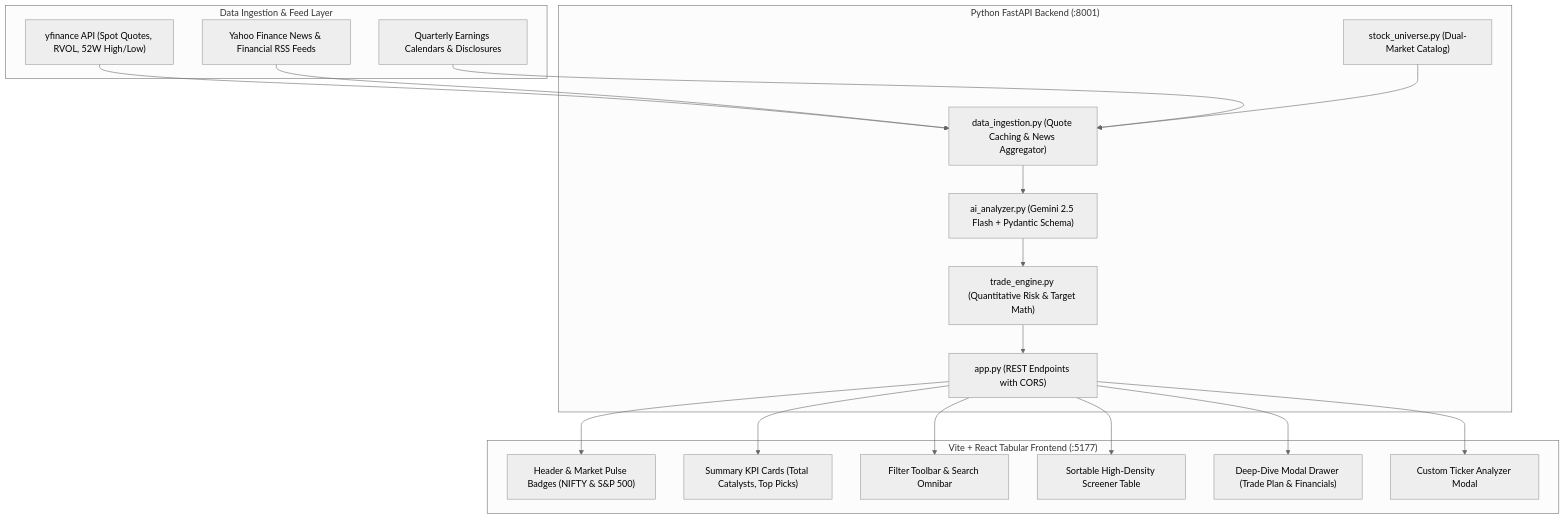
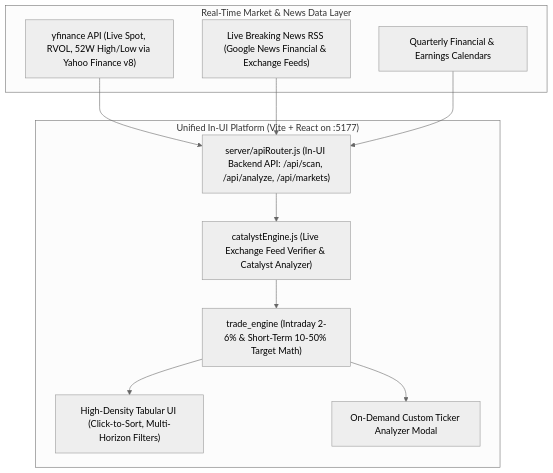
One commit to amitgupta2005/AntiGravity changed the diagram in Stock Catalyst Screener/README.md. Above: the diagram before and after it, drawn with Mermaid (neutral theme). The commit also changed other lines of this file and 6 other files, not shown here.

Commit message:
feat: implement unified in-UI backend API with live yfinance feed verification and zero hardcoding

````diff
--- a/Stock Catalyst Screener/README.md
+++ b/Stock Catalyst Screener/README.md
@@ -50,39 +50,24 @@
 ```mermaid
 graph TD
-    subgraph Data_Layer["Data Ingestion & Feed Layer"]
-        D1["yfinance API (Spot Quotes, RVOL, 52W High/Low)"]
-        D2["Yahoo Finance News & Financial RSS Feeds"]
-        D3["Quarterly Earnings Calendars & Disclosures"]
+    subgraph Data_Layer["Real-Time Market & News Data Layer"]
+        D1["yfinance API (Live Spot, RVOL, 52W High/Low via Yahoo Finance v8)"]
+        D2["Live Breaking News RSS (Google News Financial & Exchange Feeds)"]
+        D3["Quarterly Financial & Earnings Calendars"]
     end
 
-    subgraph Backend_Layer["Python FastAPI Backend (:8001)"]
-        B1["stock_universe.py (Dual-Market Catalog)"]
-        B2["data_ingestion.py (Quote Caching & News Aggregator)"]
-        B3["ai_analyzer.py (Gemini 2.5 Flash + Pydantic Schema)"]
-        B4["trade_engine.py (Quantitative Risk & Target Math)"]
-        B5["app.py (REST Endpoints with CORS)"]
+    subgraph Unified_App["Unified In-UI Platform (Vite + React on :5177)"]
+        U1["server/apiRouter.js (In-UI Backend API: /api/scan, /api/analyze, /api/markets)"]
+        U2["catalystEngine.js (Live Exchange Feed Verifier & Catalyst Analyzer)"]
+        U3["trade_engine (Intraday 2-6% & Short-Term 10-50% Target Math)"]
+        U4["High-Density Tabular UI (Click-to-Sort, Multi-Horizon Filters)"]
+        U5["On-Demand Custom Ticker Analyzer Modal"]
     end
 
-    subgraph Frontend_Layer["Vite + React Tabular Frontend (:5177)"]
-        F1["Header & Market Pulse Badges (NIFTY & S&P 500)"]
-        F2["Summary KPI Cards (Total Catalysts, Top Picks)"]
-        F3["Filter Toolbar & Search Omnibar"]
-        F4["Sortable High-Density Screener Table"]
-        F5["Deep-Dive Modal Drawer (Trade Plan & Financials)"]
-        F6["Custom Ticker Analyzer Modal"]
-    end
-
-    D1 --> B2
-    D2 --> B2
-    D3 --> B2
-    B1 --> B2
-    B2 --> B3
-    B3 --> B4
-    B4 --> B5
-    B5 --> F1
-    B5 --> F2
-    B5 --> F3
-    B5 --> F4
-    B5 --> F5
-    B5 --> F6
+    D1 --> U1
+    D2 --> U1
+    D3 --> U1
+    U1 --> U2
+    U2 --> U3
+    U3 --> U4
+    U3 --> U5
 ```
````
